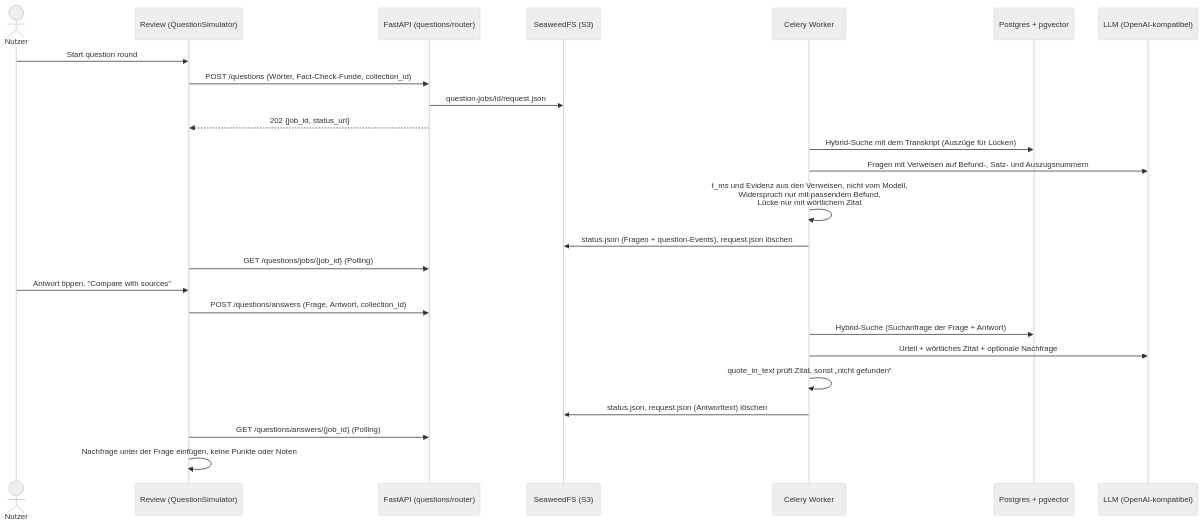
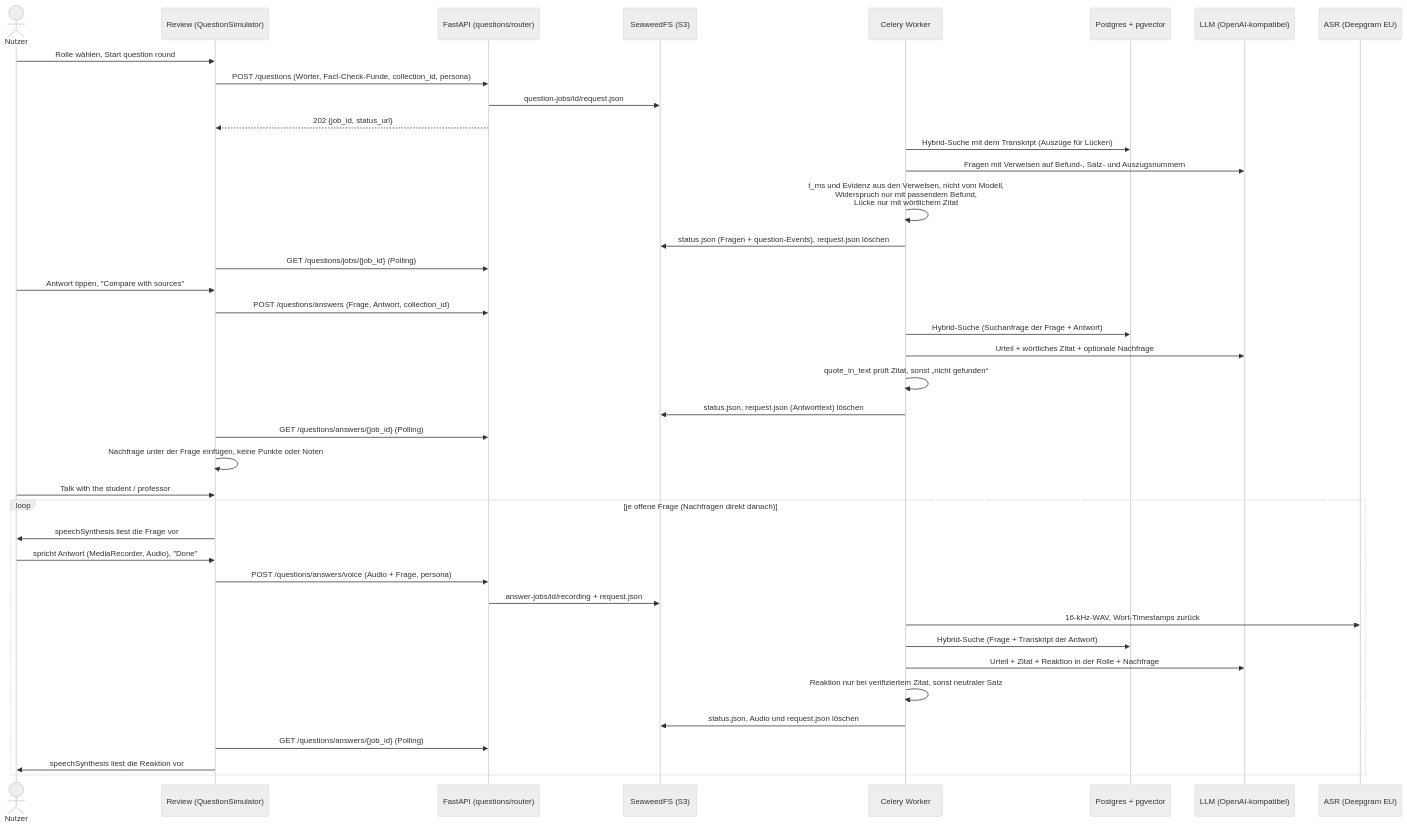
One commit to johannes3502/hackathon-fulda changed the sixth of 11 diagrams in docs/03-architecture.md. Above: the diagram before and after it, drawn with Mermaid (neutral theme). The commit also changed other lines of this file and 17 other files, not shown here.

First line of the commit message:
Add voice agent with student and professor personas

````diff
--- a/docs/03-architecture.md
+++ b/docs/03-architecture.md
@@ -234,28 +240,43 @@
 ```mermaid
 sequenceDiagram
     actor U as Nutzer
     participant FE as Review (QuestionSimulator)
     participant BE as FastAPI (questions/router)
     participant S3 as SeaweedFS (S3)
     participant W as Celery Worker
     participant PG as Postgres + pgvector
     participant L as LLM (OpenAI-kompatibel)
+    participant A as ASR (Deepgram EU)
 
-    U->>FE: Start question round
-    FE->>BE: POST /questions (Wörter, Fact-Check-Funde, collection_id)
+    U->>FE: Rolle wählen, Start question round
+    FE->>BE: POST /questions (Wörter, Fact-Check-Funde, collection_id, persona)
     BE->>S3: question-jobs/id/request.json
     BE-->>FE: 202 {job_id, status_url}
     W->>PG: Hybrid-Suche mit dem Transkript (Auszüge für Lücken)
     W->>L: Fragen mit Verweisen auf Befund-, Satz- und Auszugsnummern
     W->>W: t_ms und Evidenz aus den Verweisen, nicht vom Modell,<br/>Widerspruch nur mit passendem Befund,<br/>Lücke nur mit wörtlichem Zitat
     W->>S3: status.json (Fragen + question-Events), request.json löschen
     FE->>BE: GET /questions/jobs/{job_id} (Polling)
     U->>FE: Antwort tippen, "Compare with sources"
     FE->>BE: POST /questions/answers (Frage, Antwort, collection_id)
     W->>PG: Hybrid-Suche (Suchanfrage der Frage + Antwort)
     W->>L: Urteil + wörtliches Zitat + optionale Nachfrage
     W->>W: quote_in_text prüft Zitat, sonst „nicht gefunden“
     W->>S3: status.json, request.json (Antworttext) löschen
     FE->>BE: GET /questions/answers/{job_id} (Polling)
     FE->>FE: Nachfrage unter der Frage einfügen, keine Punkte oder Noten
+    U->>FE: Talk with the student / professor
+    loop je offene Frage (Nachfragen direkt danach)
+        FE->>U: speechSynthesis liest die Frage vor
+        U->>FE: spricht Antwort (MediaRecorder, Audio), "Done"
+        FE->>BE: POST /questions/answers/voice (Audio + Frage, persona)
+        BE->>S3: answer-jobs/id/recording + request.json
+        W->>A: 16-kHz-WAV, Wort-Timestamps zurück
+        W->>PG: Hybrid-Suche (Frage + Transkript der Antwort)
+        W->>L: Urteil + Zitat + Reaktion in der Rolle + Nachfrage
+        W->>W: Reaktion nur bei verifiziertem Zitat, sonst neutraler Satz
+        W->>S3: status.json, Audio und request.json löschen
+        FE->>BE: GET /questions/answers/{job_id} (Polling)
+        FE->>U: speechSynthesis liest die Reaktion vor
+    end
 ```
````
